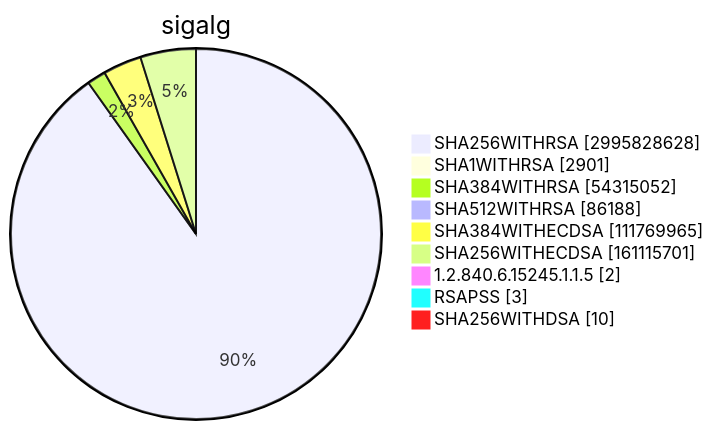
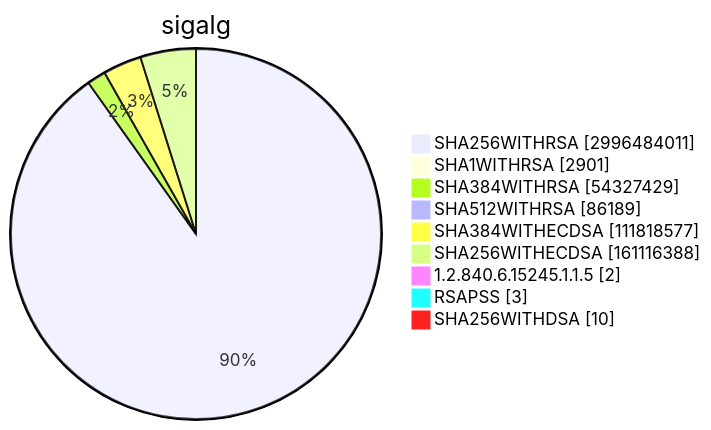
Before and after one commit to christiankrug/ctmonitor_visualization: diagram 15 of 15 in TOTAL/README.md, drawn with Mermaid. The commit also changed other lines of this file, not shown here.

````diff
--- a/TOTAL/README.md
+++ b/TOTAL/README.md
@@ -6208,13 +6208,13 @@
 ```mermaid
 pie showData
 title sigalg
-"SHA256WITHRSA" :2995828628
+"SHA256WITHRSA" :2996484011
 "SHA1WITHRSA" :2901
-"SHA384WITHRSA" :54315052
-"SHA512WITHRSA" :86188
-"SHA384WITHECDSA" :111769965
-"SHA256WITHECDSA" :161115701
+"SHA384WITHRSA" :54327429
+"SHA512WITHRSA" :86189
+"SHA384WITHECDSA" :111818577
+"SHA256WITHECDSA" :161116388
 "1.2.840.6.15245.1.1.5" :2
 "RSAPSS" :3
 "SHA256WITHDSA" :10
 ```
````
